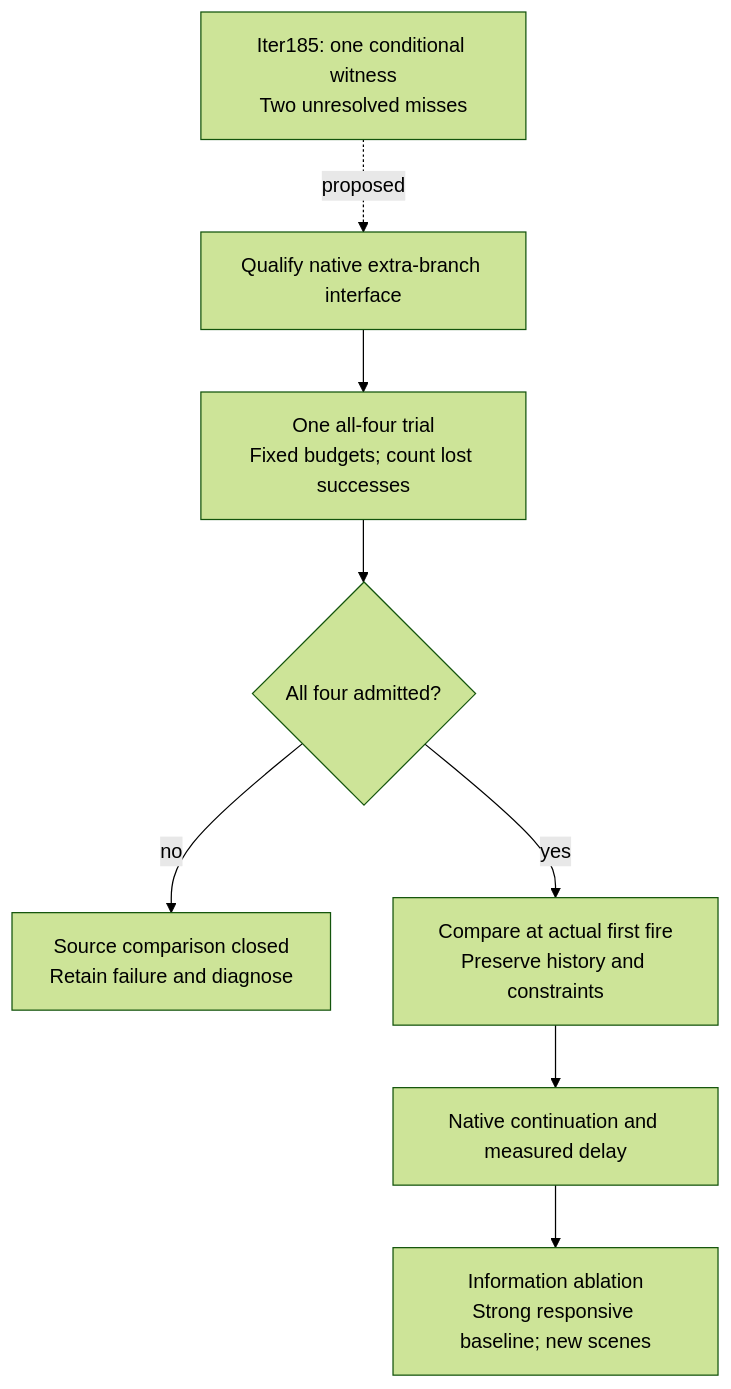
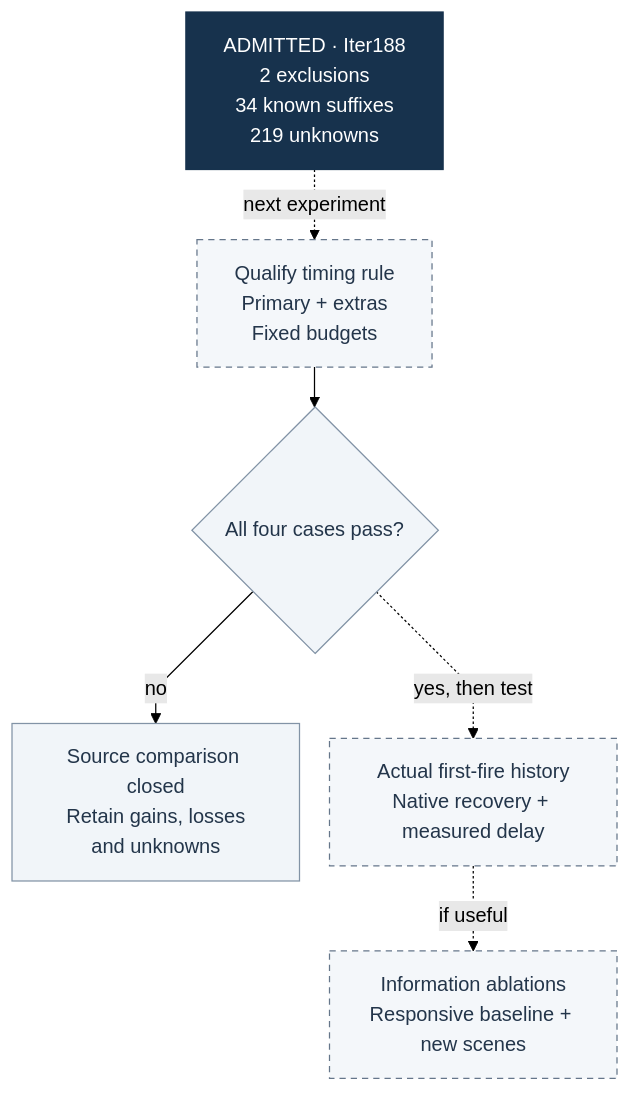
One commit to manfromnowhere143/sentinel changed the fourth of 4 diagrams in README.md. Above: the diagram before and after it, drawn with Mermaid (forest theme). The commit also changed other lines of this file and 55 other files, not shown here.

Commit message:
Close early timing audit and redesign the README engine and progress diagrams

````diff
--- a/README.md
+++ b/README.md
@@ -1180,12 +1285,24 @@
 ```mermaid
+---
+config:
+  flowchart:
+    curve: linear
+    nodeSpacing: 24
+    wrappingWidth: 170
+    rankSpacing: 32
+---
 flowchart TB
-  accTitle: From a conditional opportunity to useful intervention
-  accDescr: The current audit does not bypass integrated qualification, actual-history execution or measured delay.
-  W["Iter185: one conditional witness<br/>Two unresolved misses"] -. "proposed" .-> N["Qualify native extra-branch interface"]
-  N --> T["One all-four trial<br/>Fixed budgets; count lost successes"]
-  T --> G{"All four admitted?"}
-  G -- "no" --> F["Source comparison closed<br/>Retain failure and diagnose"]
-  G -- "yes" --> H["Compare at actual first fire<br/>Preserve history and constraints"]
-  H --> R["Native continuation and measured delay"]
-  R --> I["Information ablation<br/>Strong responsive baseline; new scenes"]
+  accTitle: The next test and the intervention evidence still required
+  accDescr: Timing exclusions motivate a proposed trial. Later intervention gates remain closed.
+  A["ADMITTED · Iter188<br/>2 exclusions<br/>34 known suffixes<br/>219 unknowns"]
+  A -. "next experiment" .-> T["Qualify timing rule<br/>Primary + extras<br/>Fixed budgets"]
+  T --> G{"All four cases pass?"}
+  G -- "no" --> F["Source comparison closed<br/>Retain gains, losses<br/>and unknowns"]
+  G -. "yes, then test" .-> H["Actual first-fire history<br/>Native recovery + measured delay"]
+  H -. "if useful" .-> I["Information ablations<br/>Responsive baseline + new scenes"]
+  classDef default fill:#f1f5f9,stroke:#8293a6,color:#23354a;
+  classDef focus fill:#17324d,stroke:#17324d,color:#fff;
+  classDef proposed fill:#f4f7fa,stroke:#65768a,color:#23354a,stroke-dasharray:5 4;
+  class A focus;
+  class T,H,I proposed;
 ```
````
